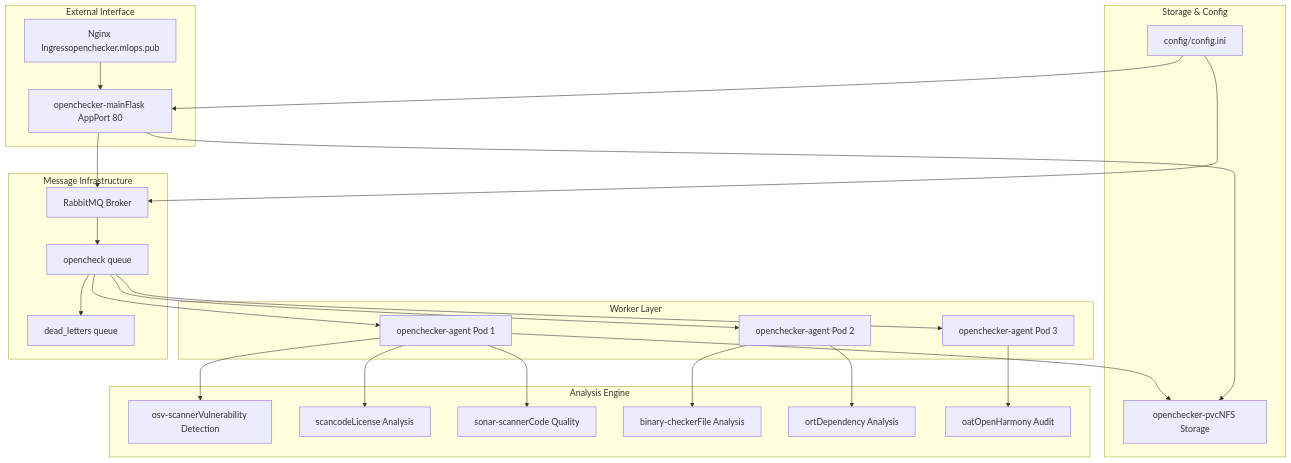
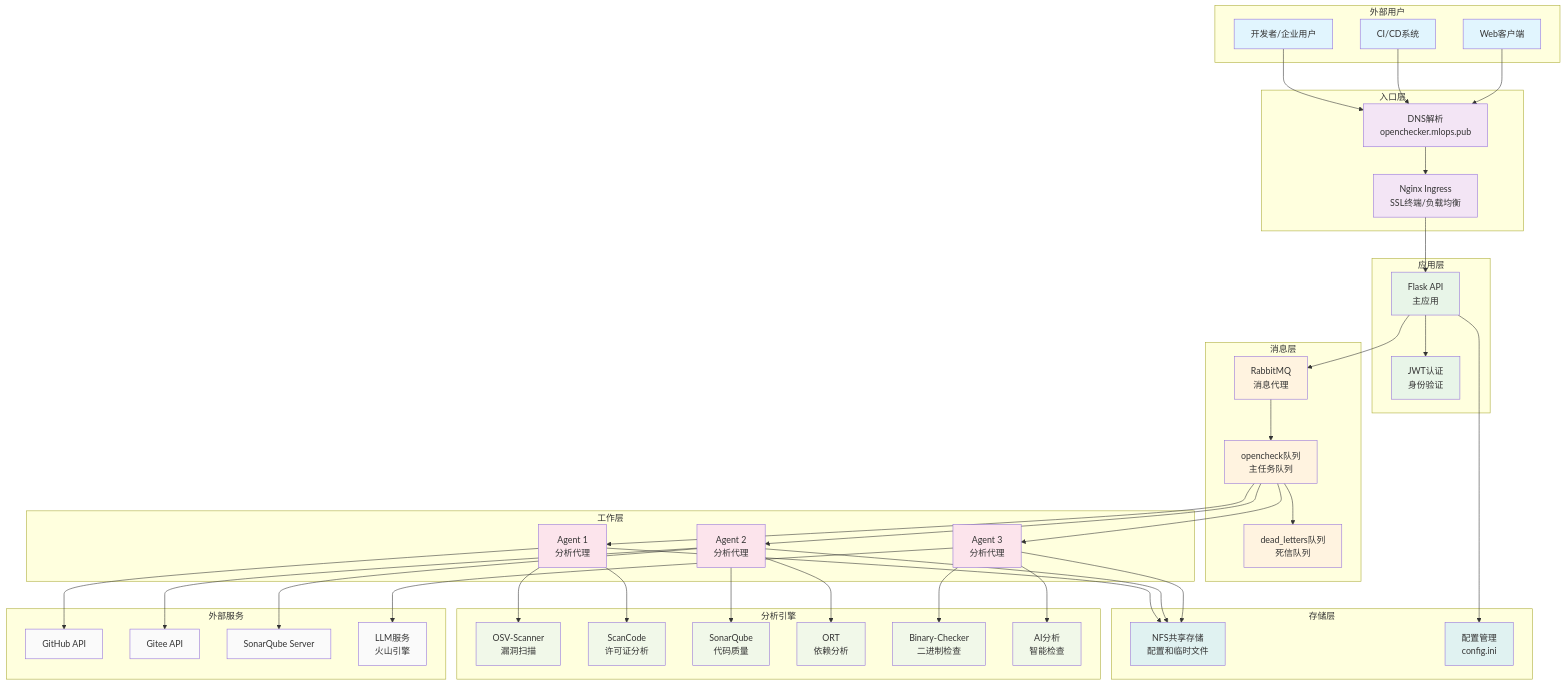
One commit to chenyx2012/openchecker changed the diagram in README.md. Above: the diagram before and after it, drawn with Mermaid. The commit also changed other lines of this file, not shown here.

````diff
--- a/README.md
+++ b/README.md
@@ -12,68 +71,107 @@
 ```mermaid
 flowchart TD
-
-API["openchecker-mainFlask AppPort 80"]
-Ingress["Nginx Ingressopenchecker.mlops.pub"]
-RMQ["RabbitMQ Broker"]
-OpenCheckQueue["opencheck queue"]
-DeadLetterQueue["dead_letters queue"]
-Agent1["openchecker-agent Pod 1"]
-Agent2["openchecker-agent Pod 2"]
-Agent3["openchecker-agent Pod 3"]
-OSV["osv-scannerVulnerability Detection"]
-ScanCode["scancodeLicense Analysis"]
-Sonar["sonar-scannerCode Quality"]
-Binary["binary-checkerFile Analysis"]
-ORT["ortDependency Analysis"]
-OAT["oatOpenHarmony Audit"]
-NFS["openchecker-pvcNFS Storage"]
-ConfigFile["config/config.ini"]
-
+    subgraph "外部用户"
+        User["开发者/企业用户"]
+        CICD["CI/CD系统"]
+        WebClient["Web客户端"]
+    end
+    
+    subgraph "入口层"
+        DNS["DNS解析<br/>openchecker.mlops.pub"]
+        Ingress["Nginx Ingress<br/>SSL终端/负载均衡"]
+    end
+    
+    subgraph "应用层"
+        API["Flask API<br/>主应用"]
+        Auth["JWT认证<br/>身份验证"]
+    end
+    
+    subgraph "消息层"
+        RMQ["RabbitMQ<br/>消息代理"]
+        MainQueue["opencheck队列<br/>主任务队列"]
+        DLQ["dead_letters队列<br/>死信队列"]
+    end
+    
+    subgraph "工作层"
+        Agent1["Agent 1<br/>分析代理"]
+        Agent2["Agent 2<br/>分析代理"]
+        Agent3["Agent 3<br/>分析代理"]
+    end
+    
+    subgraph "分析引擎"
+        OSV["OSV-Scanner<br/>漏洞扫描"]
+        ScanCode["ScanCode<br/>许可证分析"]
+        Sonar["SonarQube<br/>代码质量"]
+        ORT["ORT<br/>依赖分析"]
+        Binary["Binary-Checker<br/>二进制检查"]
+        AI["AI分析<br/>智能检查"]
+    end
+    
+    subgraph "存储层"
+        NFS["NFS共享存储<br/>配置和临时文件"]
+        Config["配置管理<br/>config.ini"]
+    end
+    
+    subgraph "外部服务"
+        GitHub["GitHub API"]
+        Gitee["Gitee API"]
+        SonarServer["SonarQube Server"]
+        LLM["LLM服务<br/>火山引擎"]
+    end
+    
+    %% 用户交互流程
+    User --> DNS
+    CICD --> DNS
+    WebClient --> DNS
+    DNS --> Ingress
+    Ingress --> API
+    
+    %% 认证和任务提交
+    API --> Auth
     API --> RMQ
-    OpenCheckQueue --> Agent1
-    OpenCheckQueue --> Agent2
-    OpenCheckQueue --> Agent3
+    RMQ --> MainQueue
+    MainQueue --> DLQ
+    
+    %% 任务分发和执行
+    MainQueue --> Agent1
+    MainQueue --> Agent2
+    MainQueue --> Agent3
+    
+    %% 分析工具调用
     Agent1 --> OSV
     Agent1 --> ScanCode
-    Agent1 --> Sonar
-    Agent2 --> Binary
+    Agent2 --> Sonar
     Agent2 --> ORT
-    Agent3 --> OAT
-    API --> NFS
+    Agent3 --> Binary
+    Agent3 --> AI
+    
+    %% 存储访问
     Agent1 --> NFS
-    ConfigFile --> API
-    ConfigFile --> RMQ
-subgraph Storage__Config ["Storage & Config"]
-    NFS
-    ConfigFile
-end
-
-subgraph Analysis_Engine ["Analysis Engine"]
-    OSV
-    ScanCode
-    Sonar
-    Binary
-    ORT
-    OAT
-end
-
-subgraph Worker_Layer ["Worker Layer"]
-    Agent1
-    Agent2
-    Agent3
-end
-
-subgraph Message_Infrastructure ["Message Infrastructure"]
-    RMQ
-    OpenCheckQueue
-    DeadLetterQueue
-    RMQ --> OpenCheckQueue
-    OpenCheckQueue --> DeadLetterQueue
-end
-
-subgraph External_Interface ["External Interface"]
-    API
-    Ingress
-    Ingress --> API
-end
+    Agent2 --> NFS
+    Agent3 --> NFS
+    API --> Config
+    
+    %% 外部服务集成
+    Agent1 --> GitHub
+    Agent2 --> Gitee
+    Agent2 --> SonarServer
+    Agent3 --> LLM
+    
+    classDef userLayer fill:#e1f5fe
+    classDef entryLayer fill:#f3e5f5
+    classDef appLayer fill:#e8f5e8
+    classDef messageLayer fill:#fff3e0
+    classDef workerLayer fill:#fce4ec
+    classDef analysisLayer fill:#f1f8e9
+    classDef storageLayer fill:#e0f2f1
+    classDef externalLayer fill:#fafafa
+    
+    class User,CICD,WebClient userLayer
+    class DNS,Ingress entryLayer
+    class API,Auth appLayer
+    class RMQ,MainQueue,DLQ messageLayer
+    class Agent1,Agent2,Agent3 workerLayer
+    class OSV,ScanCode,Sonar,ORT,Binary,AI analysisLayer
+    class NFS,Config storageLayer
+    class GitHub,Gitee,SonarServer,LLM externalLayer
 ```
````
